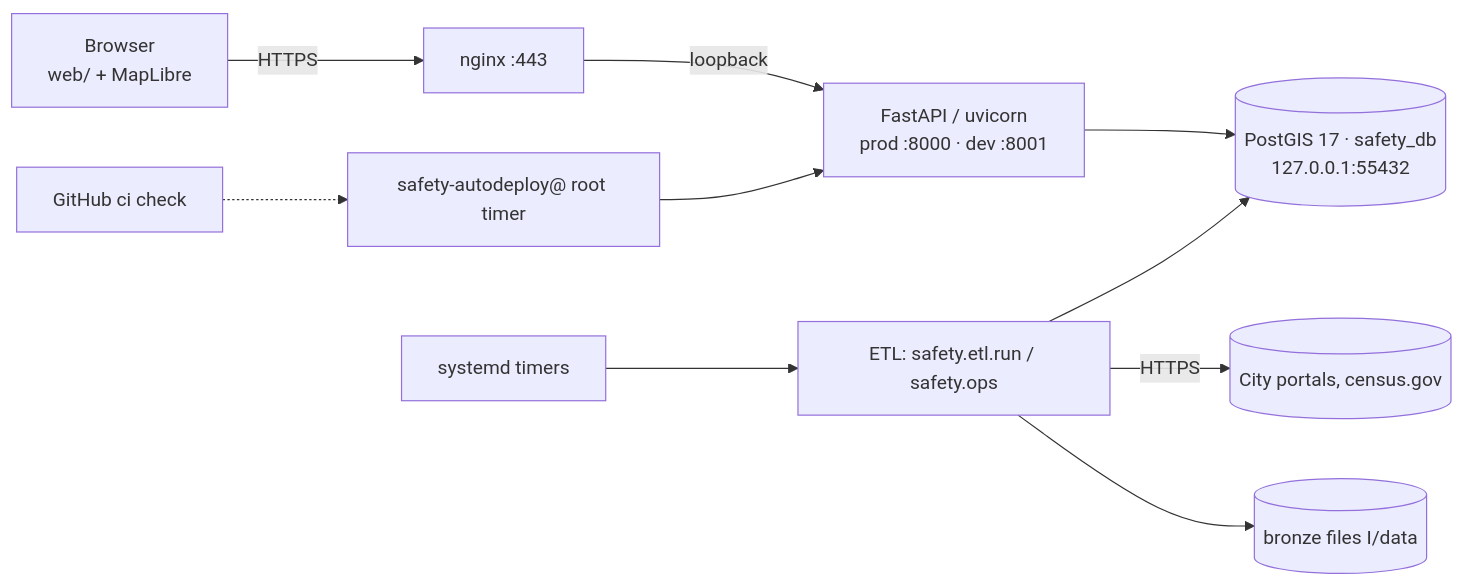
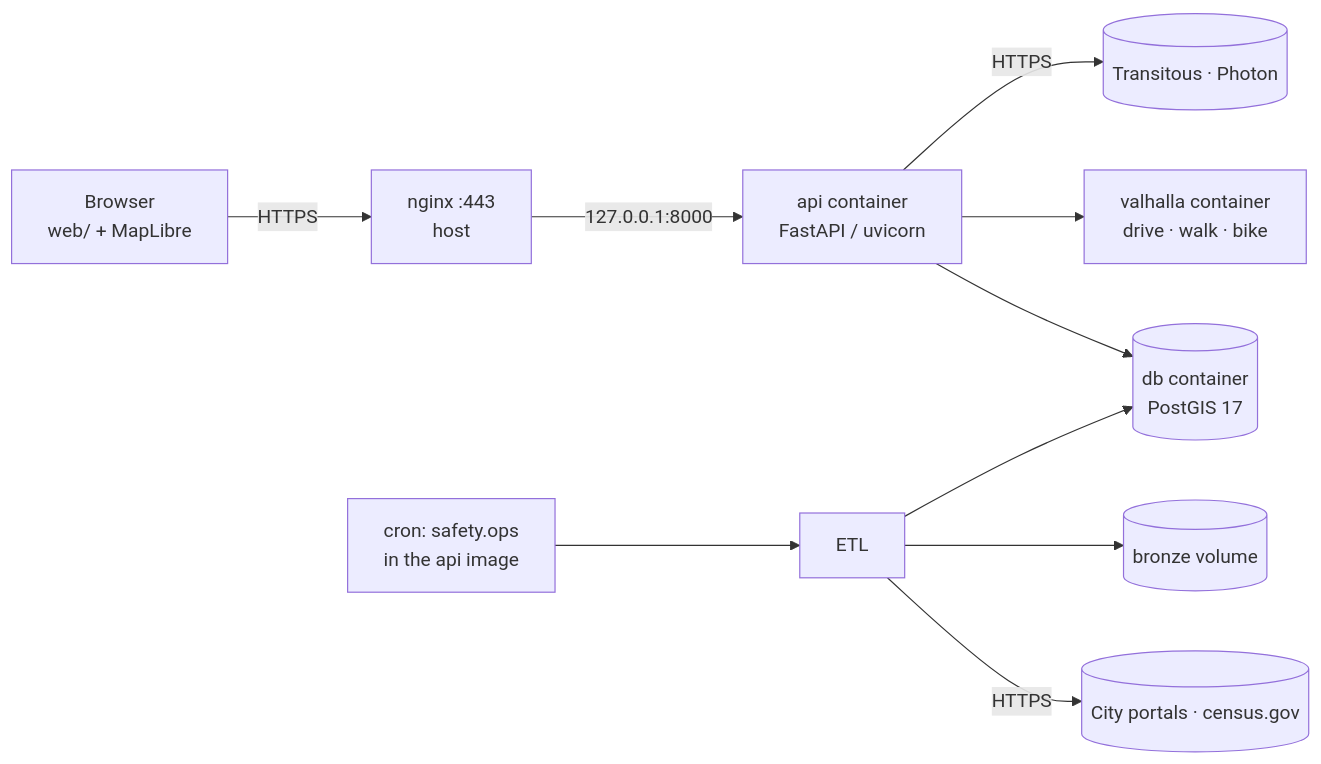
One commit to ryanfio15/Crime-Prevention-and-Personal-Safety-Application changed the diagram in readme.md. Above: the diagram before and after it, drawn with Mermaid. The commit also changed other lines of this file and 1 other file, not shown here.

````diff
--- a/readme.md
+++ b/readme.md
@@ -66,11 +56,12 @@
 ```mermaid
 flowchart LR
-  B[Browser<br/>web/ + MapLibre] -->|HTTPS| N[nginx :443]
-  N -->|loopback| A["FastAPI / uvicorn<br/>prod :8000 · dev :8001"]
-  A --> D[("PostGIS 17 · safety_db<br/>127.0.0.1:55432")]
-  T[systemd timers] --> E[ETL: safety.etl.run / safety.ops]
-  E -->|HTTPS| P[(City portals, census.gov)]
-  E --> F[(bronze files I/data)]
+  B[Browser<br/>web/ + MapLibre] -->|HTTPS| N[nginx :443<br/>host]
+  N -->|127.0.0.1:8000| A["api container<br/>FastAPI / uvicorn"]
+  A --> D[("db container<br/>PostGIS 17")]
+  A --> V["valhalla container<br/>drive · walk · bike"]
+  A -->|HTTPS| X[(Transitous · Photon)]
+  C["cron: safety.ops<br/>in the api image"] --> E[ETL]
+  E -->|HTTPS| P[(City portals · census.gov)]
+  E --> F[(bronze volume)]
   E --> D
-  G[GitHub ci check] -.-> AD["safety-autodeploy@ root timer"] --> A
 ```
````
